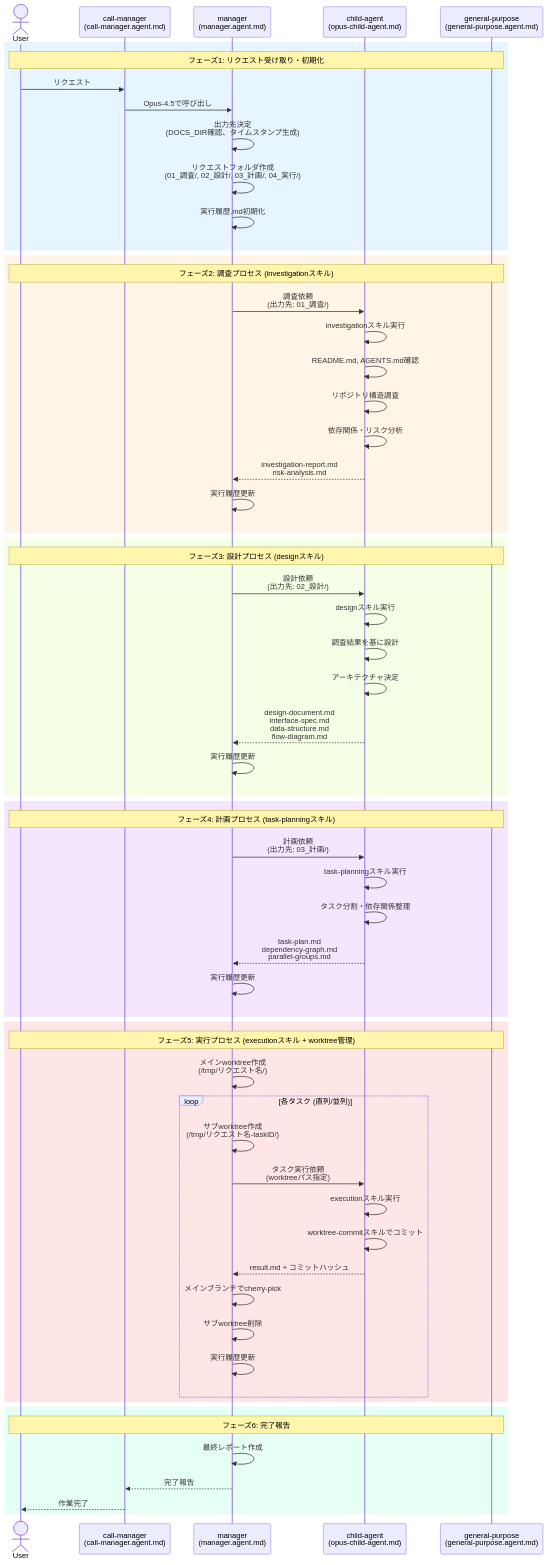
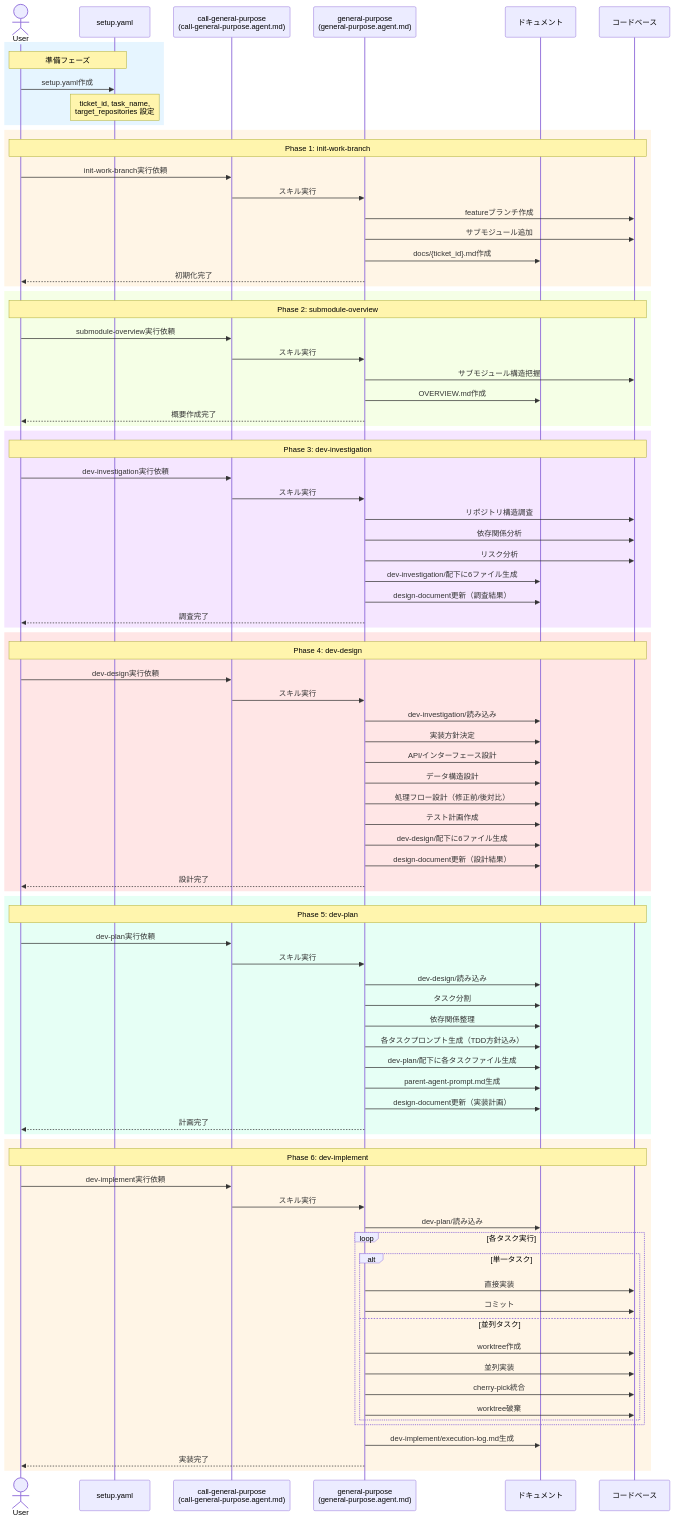
Before and after one commit to NagasakaH/dev-process: the second of 4 diagrams in README.md, drawn with Mermaid. The commit also changed other lines of this file, not shown here.

````diff
--- a/README.md
+++ b/README.md
@@ -82,76 +92,104 @@
 ```mermaid
 sequenceDiagram
     actor User
-    participant CM as call-manager<br/>(call-manager.agent.md)
-    participant M as manager<br/>(manager.agent.md)
-    participant OC as child-agent<br/>(opus-child-agent.md)
+    participant YAML as setup.yaml
+    participant CGP as call-general-purpose<br/>(call-general-purpose.agent.md)
     participant GP as general-purpose<br/>(general-purpose.agent.md)
+    participant Docs as ドキュメント
+    participant Code as コードベース
     
-    %% フェーズ1: リクエスト受け取り・初期化
+    %% 準備フェーズ
     rect rgb(230, 245, 255)
-        Note over User,GP: フェーズ1: リクエスト受け取り・初期化
-        User->>CM: リクエスト
-        CM->>M: Opus-4.5で呼び出し
-        M->>M: 出力先決定<br/>(DOCS_DIR確認、タイムスタンプ生成)
-        M->>M: リクエストフォルダ作成<br/>(01_調査/, 02_設計/, 03_計画/, 04_実行/)
-        M->>M: 実行履歴.md初期化
+        Note over User,YAML: 準備フェーズ
+        User->>YAML: setup.yaml作成
+        Note over YAML: ticket_id, task_name,<br/>target_repositories 設定
     end
     
-    %% フェーズ2: 調査プロセス
+    %% Phase 1: init-work-branch
     rect rgb(255, 245, 230)
-        Note over User,GP: フェーズ2: 調査プロセス (investigationスキル)
-        M->>OC: 調査依頼<br/>(出力先: 01_調査/)
-        OC->>OC: investigationスキル実行
-        OC->>OC: README.md, AGENTS.md確認
-        OC->>OC: リポジトリ構造調査
-        OC->>OC: 依存関係・リスク分析
-        OC-->>M: investigation-report.md<br/>risk-analysis.md
-        M->>M: 実行履歴更新
+        Note over User,Code: Phase 1: init-work-branch
+        User->>CGP: init-work-branch実行依頼
+        CGP->>GP: スキル実行
+        GP->>Code: featureブランチ作成
+        GP->>Code: サブモジュール追加
+        GP->>Docs: docs/{ticket_id}.md作成
+        GP-->>User: 初期化完了
     end
     
-    %% フェーズ3: 設計プロセス
+    %% Phase 2: submodule-overview
     rect rgb(245, 255, 230)
-        Note over User,GP: フェーズ3: 設計プロセス (designスキル)
-        M->>OC: 設計依頼<br/>(出力先: 02_設計/)
-        OC->>OC: designスキル実行
-        OC->>OC: 調査結果を基に設計
-        OC->>OC: アーキテクチャ決定
-        OC-->>M: design-document.md<br/>interface-spec.md<br/>data-structure.md<br/>flow-diagram.md
-        M->>M: 実行履歴更新
+        Note over User,Code: Phase 2: submodule-overview
+        User->>CGP: submodule-overview実行依頼
+        CGP->>GP: スキル実行
+        GP->>Code: サブモジュール構造把握
+        GP->>Docs: OVERVIEW.md作成
+        GP-->>User: 概要作成完了
     end
     
-    %% フェーズ4: 計画プロセス
+    %% Phase 3: dev-investigation
     rect rgb(245, 230, 255)
-        Note over User,GP: フェーズ4: 計画プロセス (task-planningスキル)
-        M->>OC: 計画依頼<br/>(出力先: 03_計画/)
-        OC->>OC: task-planningスキル実行
-        OC->>OC: タスク分割・依存関係整理
-        OC-->>M: task-plan.md<br/>dependency-graph.md<br/>parallel-groups.md
-        M->>M: 実行履歴更新
+        Note over User,Code: Phase 3: dev-investigation
+        User->>CGP: dev-investigation実行依頼
+        CGP->>GP: スキル実行
+        GP->>Code: リポジトリ構造調査
+        GP->>Code: 依存関係分析
+        GP->>Code: リスク分析
+        GP->>Docs: dev-investigation/配下に6ファイル生成
+        GP->>Docs: design-document更新（調査結果）
+        GP-->>User: 調査完了
     end
     
-    %% フェーズ5: 実行プロセス
+    %% Phase 4: dev-design
     rect rgb(255, 230, 230)
-        Note over User,GP: フェーズ5: 実行プロセス (executionスキル + worktree管理)
-        M->>M: メインworktree作成<br/>(/tmp/リクエスト名/)
-        
-        loop 各タスク (直列/並列)
-            M->>M: サブworktree作成<br/>(/tmp/リクエスト名-taskID/)
-            M->>OC: タスク実行依頼<br/>(worktreeパス指定)
-            OC->>OC: executionスキル実行
-            OC->>OC: worktree-commitスキルでコミット
-            OC-->>M: result.md + コミットハッシュ
-            M->>M: メインブランチでcherry-pick
-            M->>M: サブworktree削除
-            M->>M: 実行履歴更新
-        end
+        Note over User,Code: Phase 4: dev-design
+        User->>CGP: dev-design実行依頼
+        CGP->>GP: スキル実行
+        GP->>Docs: dev-investigation/読み込み
+        GP->>Docs: 実装方針決定
+        GP->>Docs: API/インターフェース設計
+        GP->>Docs: データ構造設計
+        GP->>Docs: 処理フロー設計（修正前/後対比）
+        GP->>Docs: テスト計画作成
+        GP->>Docs: dev-design/配下に6ファイル生成
+        GP->>Docs: design-document更新（設計結果）
+        GP-->>User: 設計完了
     end
     
-    %% フェーズ6: 完了報告
+    %% Phase 5: dev-plan
     rect rgb(230, 255, 245)
-        Note over User,GP: フェーズ6: 完了報告
-        M->>M: 最終レポート作成
-        M-->>CM: 完了報告
-        CM-->>User: 作業完了
+        Note over User,Code: Phase 5: dev-plan
+        User->>CGP: dev-plan実行依頼
+        CGP->>GP: スキル実行
+        GP->>Docs: dev-design/読み込み
+        GP->>Docs: タスク分割
+        GP->>Docs: 依存関係整理
+        GP->>Docs: 各タスクプロンプト生成（TDD方針込み）
+        GP->>Docs: dev-plan/配下に各タスクファイル生成
+        GP->>Docs: parent-agent-prompt.md生成
+        GP->>Docs: design-document更新（実装計画）
+        GP-->>User: 計画完了
+    end
+    
+    %% Phase 6: dev-implement
+    rect rgb(255, 245, 230)
+        Note over User,Code: Phase 6: dev-implement
+        User->>CGP: dev-implement実行依頼
+        CGP->>GP: スキル実行
+        GP->>Docs: dev-plan/読み込み
+        
+        loop 各タスク実行
+            alt 単一タスク
+                GP->>Code: 直接実装
+                GP->>Code: コミット
+            else 並列タスク
+                GP->>Code: worktree作成
+                GP->>Code: 並列実装
+                GP->>Code: cherry-pick統合
+                GP->>Code: worktree破棄
+            end
+        end
+        
+        GP->>Docs: dev-implement/execution-log.md生成
+        GP-->>User: 実装完了
     end
 ```
````
